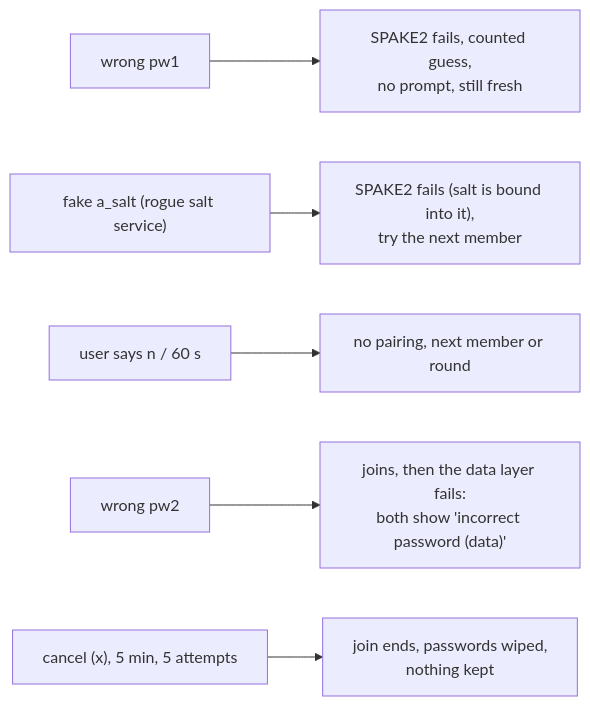
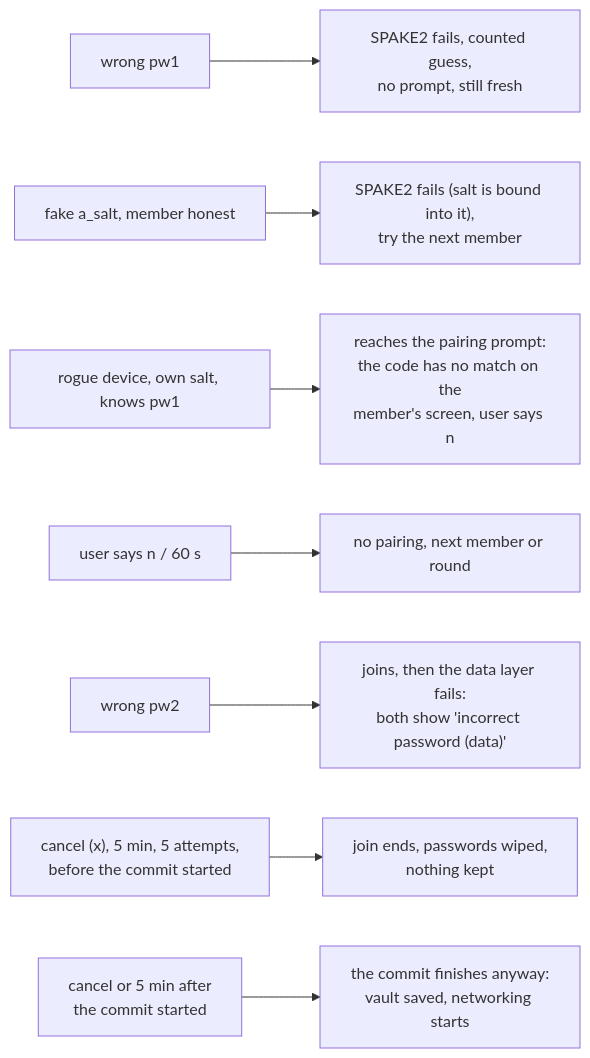
The second of 2 diagrams in docs/diagrams/join.md (czarekkdev/cesaconn), drawn with Mermaid before and after one commit. The commit also changed other lines of this file and 10 other files, not shown here.

First line of the commit message:
docs(diagrams): match the code on the review points

````diff
--- a/docs/diagrams/join.md
+++ b/docs/diagrams/join.md
@@ -41,8 +41,10 @@
 ```mermaid
 flowchart LR
     w1["wrong pw1"] --> r1["SPAKE2 fails, counted guess,<br/>no prompt, still fresh"]
-    w2["fake a_salt (rogue salt service)"] --> r2["SPAKE2 fails (salt is bound into it),<br/>try the next member"]
+    w2["fake a_salt, member honest"] --> r2["SPAKE2 fails (salt is bound into it),<br/>try the next member"]
+    w2b["rogue device, own salt, knows pw1"] --> r2b["reaches the pairing prompt:<br/>the code has no match on the<br/>member's screen, user says n"]
     w3["user says n / 60 s"] --> r3["no pairing, next member or round"]
     w4["wrong pw2"] --> r4["joins, then the data layer fails:<br/>both show 'incorrect password (data)'"]
-    w5["cancel (x), 5 min, 5 attempts"] --> r5["join ends, passwords wiped,<br/>nothing kept"]
+    w5["cancel (x), 5 min, 5 attempts,<br/>before the commit started"] --> r5["join ends, passwords wiped,<br/>nothing kept"]
+    w6["cancel or 5 min after<br/>the commit started"] --> r6["the commit finishes anyway:<br/>vault saved, networking starts"]
 ```
````
